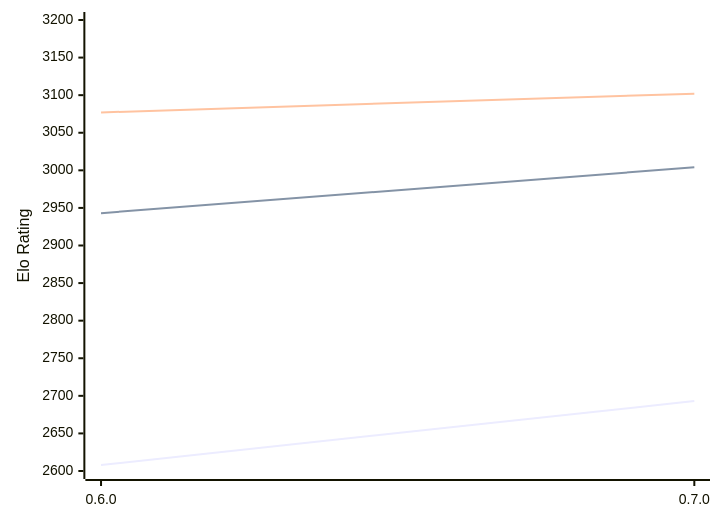
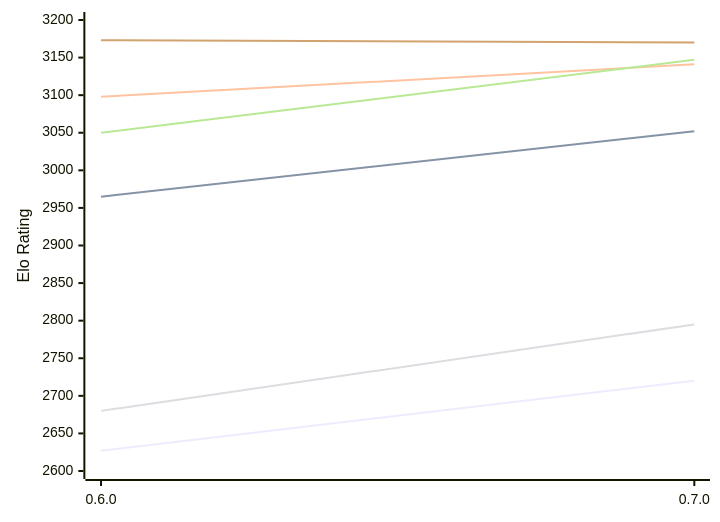
Before and after one commit to computer-chess-index/cci: the first of 2 diagrams in engines/AteNika.md, drawn with Mermaid. The commit also changed other lines of this file, not shown here.

Commit message:
Update CCI Ratings (ELO VLTC) - 2026-10-20

````diff
--- a/engines/AteNika.md
+++ b/engines/AteNika.md
@@ -52,12 +52,12 @@
 ```mermaid
 %%{init: {"theme":"base","themeVariables":{"seriesColors:['#a3a3a3','#222221','#faa371']}}}%%
 xychart-beta
   x-axis ["0.6.0", "0.7.0"]
   y-axis "Elo Rating" 2600 --> 3200
-  line "E1: STC (8.0+0.08s)" [2608, 2693]
-  line "E1: LTC (60.0+0.60s)" [2943, 3004]
-  line "E1: VLTC (2m24s+1.12s)" [3077, 3102]
-  line "P1: STC (8.0+0.08s)" [2658]
-  line "P1: LTC (60.0+0.60s)" [3024]
-  line "P1: VLTC (2m24s+1.12s)" [3144]
+  line "E1: STC (8.0+0.08s)" [2627, 2720]
+  line "E1: LTC (60.0+0.60s)" [2965, 3052]
+  line "E1: VLTC (2m24s+1.12s)" [3098, 3141]
+  line "P1: STC (8.0+0.08s)" [2680, 2795]
+  line "P1: LTC (60.0+0.60s)" [3050, 3147]
+  line "P1: VLTC (2m24s+1.12s)" [3173, 3170]
 ```
````
